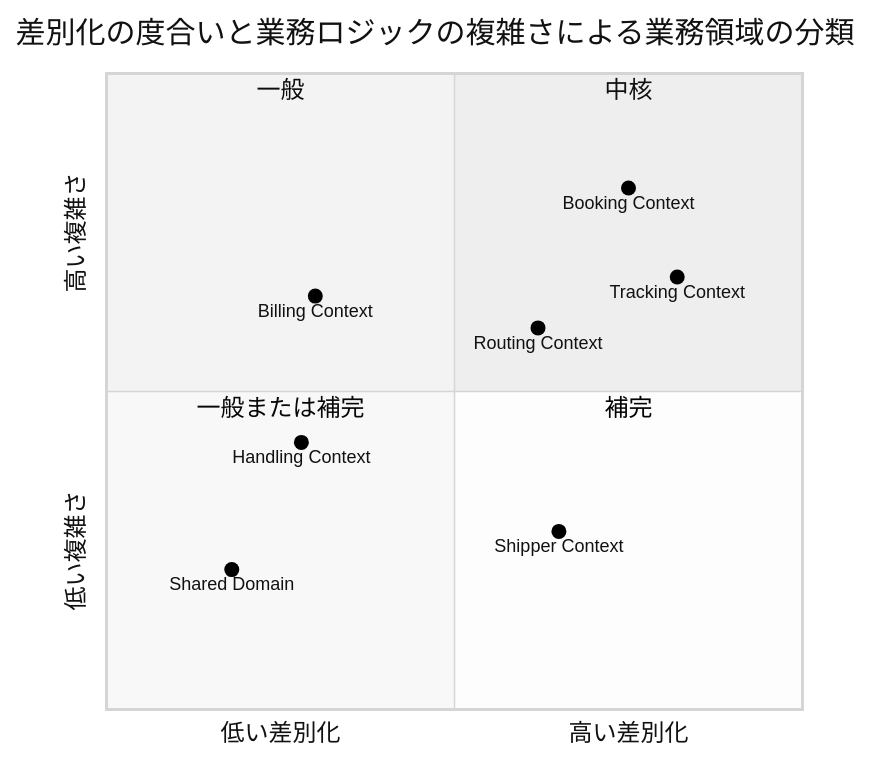
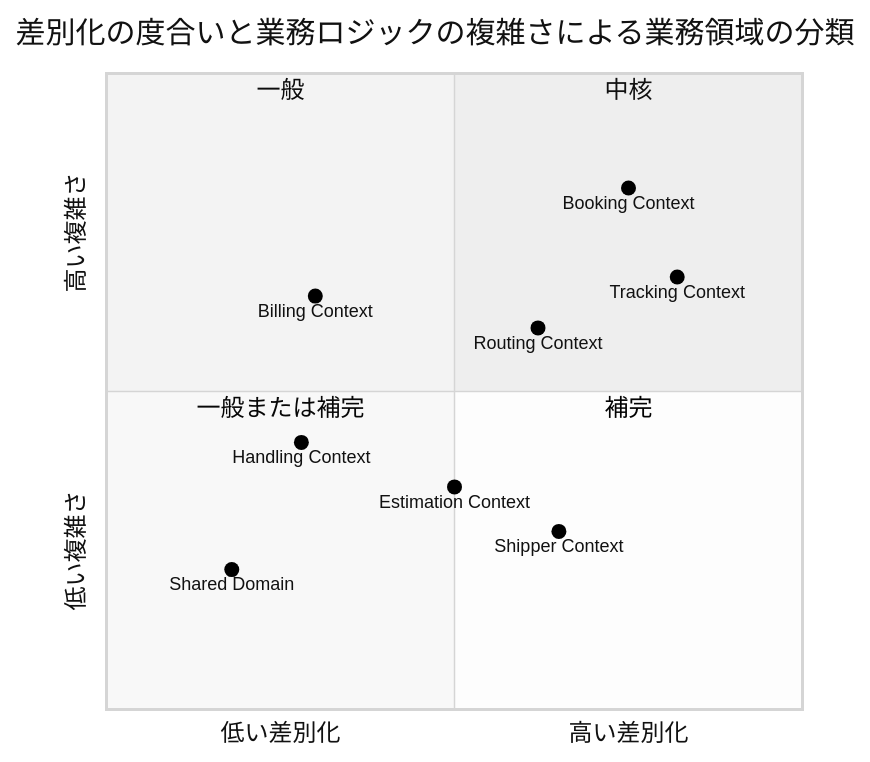
One commit to k2works/case-study-cargo-tracker changed the first of 11 diagrams in docs/design/domain-model.md. Above: the diagram before and after it, drawn with Mermaid (neutral theme). The commit also changed other lines of this file and 1 other file, not shown here.

Commit message:
docs(design): Estimation コンテキストのデータモデル・ドメインモデルを追加

````diff
--- a/docs/design/domain-model.md
+++ b/docs/design/domain-model.md
@@ -27,17 +28,18 @@
 ```mermaid
 quadrantChart
     title 差別化の度合いと業務ロジックの複雑さによる業務領域の分類
     x-axis "低い差別化" --> "高い差別化"
     y-axis "低い複雑さ" --> "高い複雑さ"
     quadrant-1 "中核"
     quadrant-2 "一般"
     quadrant-3 "一般または補完"
     quadrant-4 "補完"
     Booking Context: [0.75, 0.82]
     Tracking Context: [0.82, 0.68]
     Routing Context: [0.62, 0.60]
     Handling Context: [0.28, 0.42]
     Shipper Context: [0.65, 0.28]
     Billing Context: [0.30, 0.65]
+    Estimation Context: [0.50, 0.35]
     Shared Domain: [0.18, 0.22]
 ```
````
